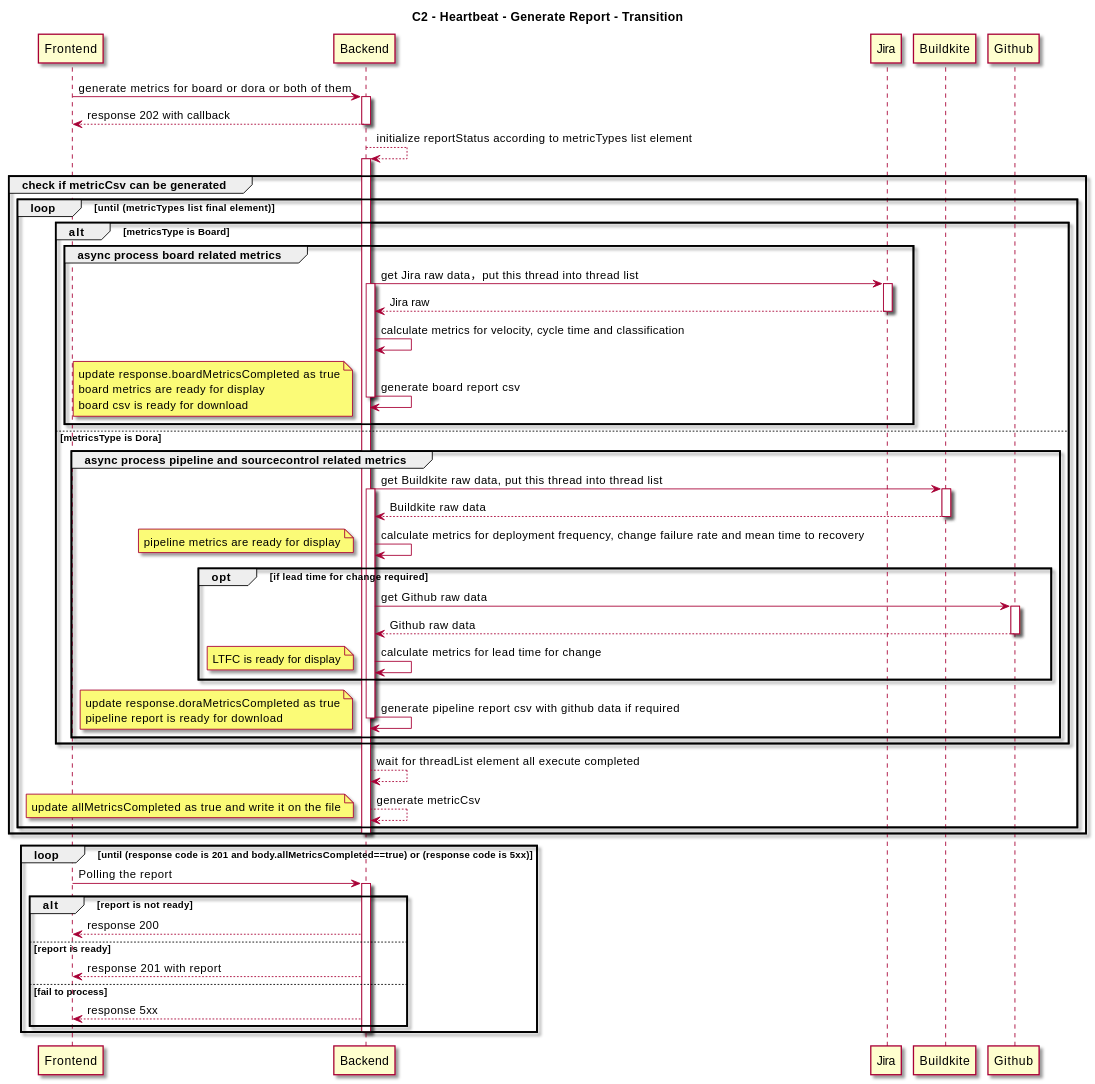
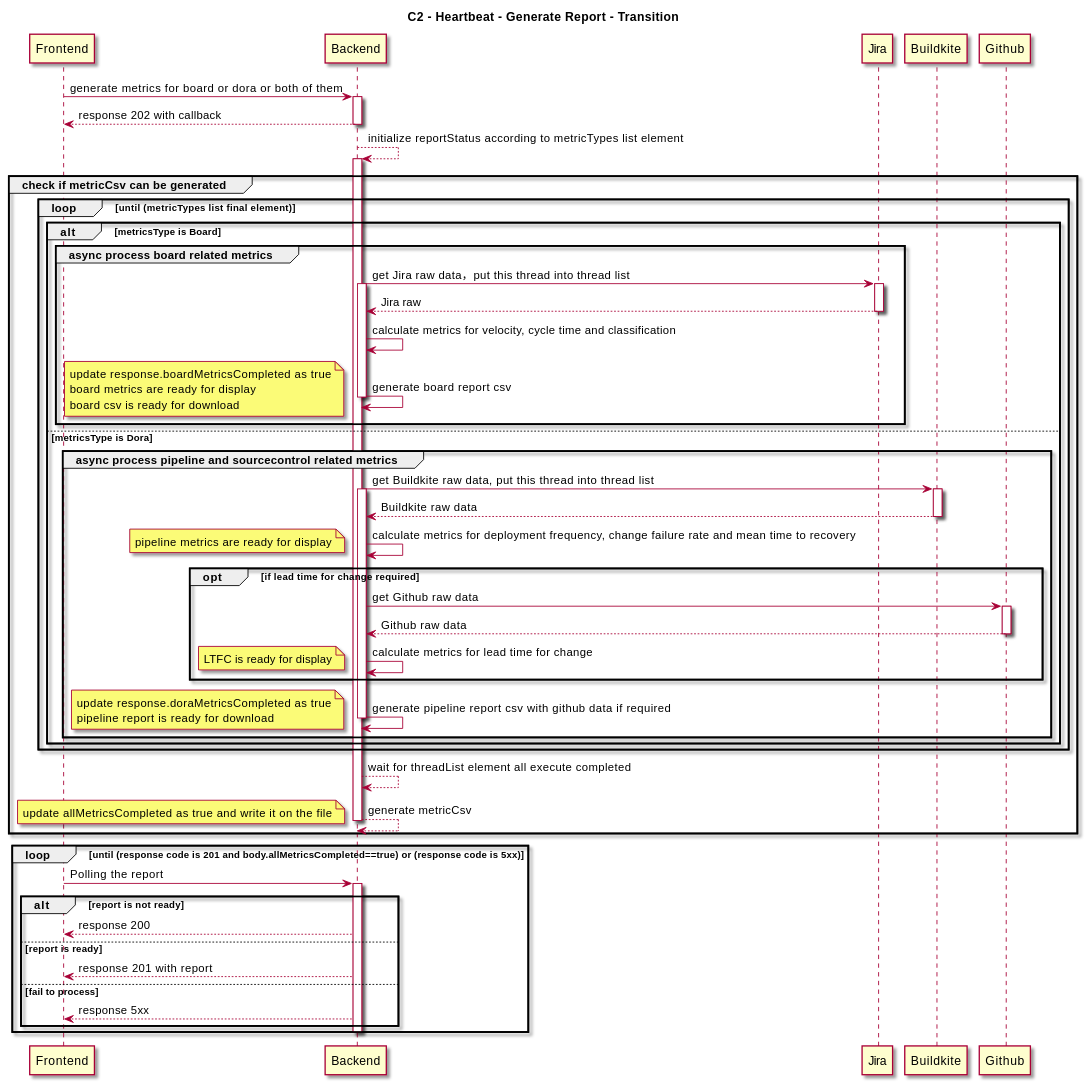
One commit to au-heartbeat/Heartbeat changed the second of 2 diagrams in docs/src/content/docs/en/designs/optimize-generate-report.mdx. Above: the diagram before and after it, drawn with PlantUML.

Commit message:
ADM-873: [backend] docs: update generate report sequence diagram

```diff
--- a/docs/src/content/docs/en/designs/optimize-generate-report.mdx
+++ b/docs/src/content/docs/en/designs/optimize-generate-report.mdx
@@ -163,13 +163,13 @@
             deactivate Backend
         end
     end
+   end
      
      Backend --> Backend: wait for threadList element all execute completed
      Backend --> Backend: generate metricCsv
      note left
      update allMetricsCompleted as true and write it on the file
      end note
-end 
     deactivate Backend
 end 
 
```
